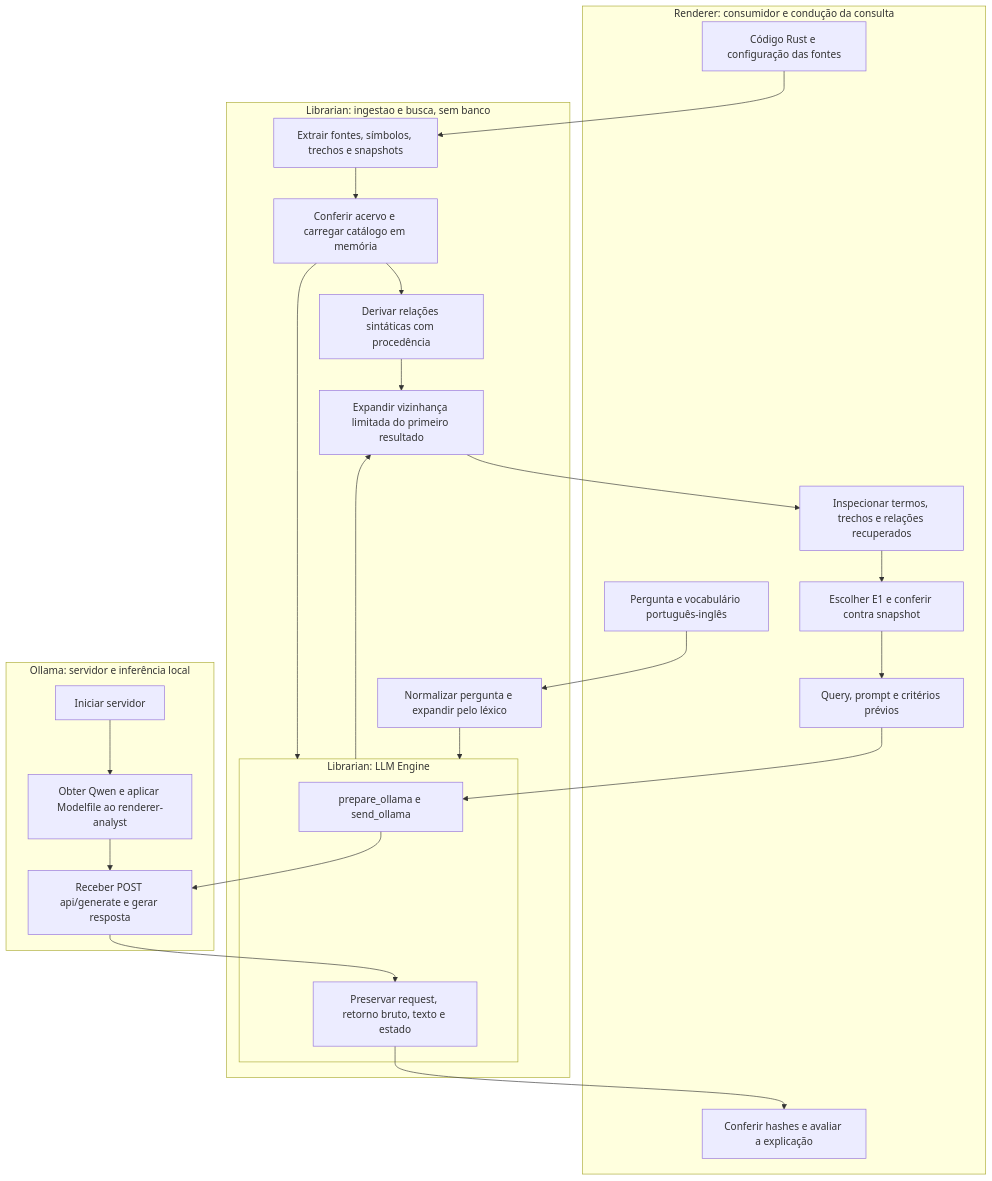
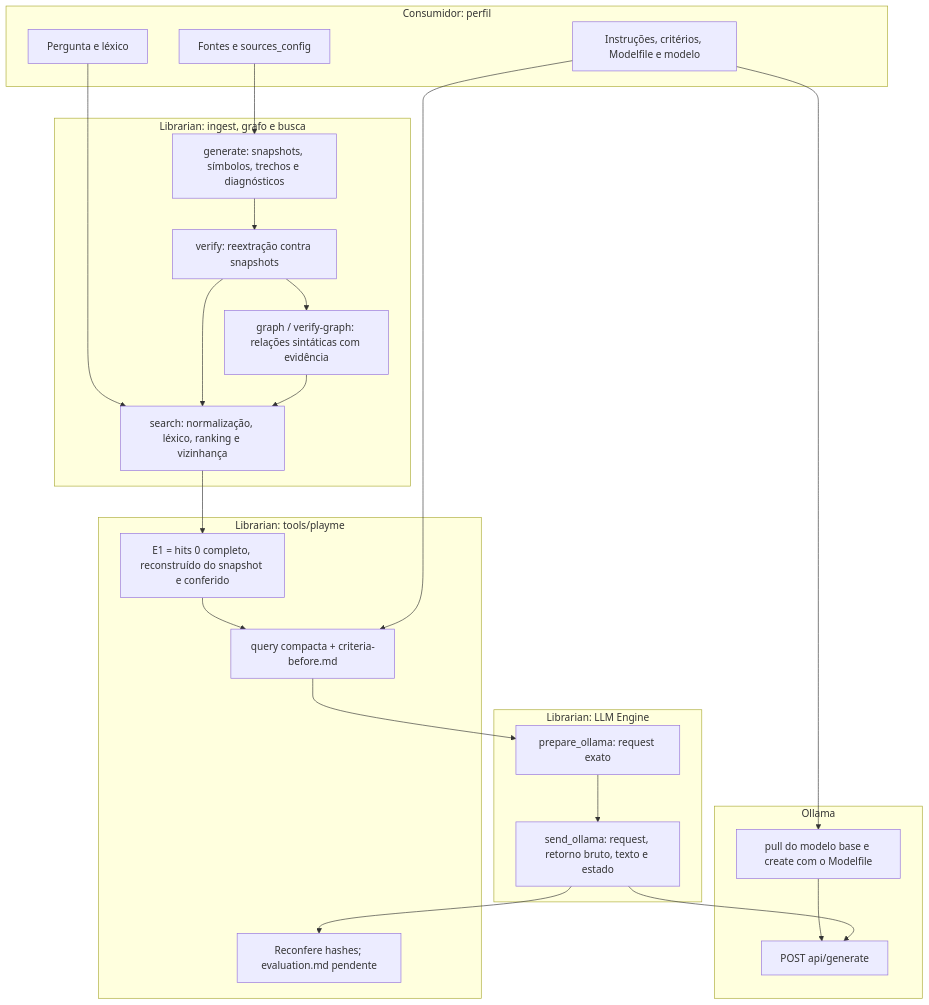
One commit to ViniciusSJV/librarian changed the diagram in WORKFLOW.md. Above: the diagram before and after it, drawn with Mermaid. The commit also changed other lines of this file and 4 other files, not shown here.

First line of the commit message:
Move o PLAYME para o Librarian com perfil do consumidor

````diff
--- a/WORKFLOW.md
+++ b/WORKFLOW.md
@@ -7,36 +40,37 @@
 ```mermaid
 flowchart TD
-    subgraph R[Renderer: consumidor e condução da consulta]
-        A[Código Rust e configuração das fontes]
-        Q[Pergunta e vocabulário português-inglês]
-        G[Inspecionar termos, trechos e relações recuperados]
-        H[Escolher E1 e conferir contra snapshot]
-        P[Query, prompt e critérios prévios]
-        K[Conferir hashes e avaliar a explicação]
+    subgraph C[Consumidor: perfil]
+        A[Fontes e sources_config]
+        Q[Pergunta e léxico]
+        P0[Instruções, critérios, Modelfile e modelo]
     end
-    subgraph L[Librarian: ingestao e busca, sem banco]
-        B[Extrair fontes, símbolos, trechos e snapshots]
-        C[Conferir acervo e carregar catálogo em memória]
-        D[Derivar relações sintáticas com procedência]
-        T[Normalizar pergunta e expandir pelo léxico]
-        E[Ranquear símbolos candidatos]
-        F[Expandir vizinhança limitada do primeiro resultado]
+    subgraph L[Librarian: ingest, grafo e busca]
+        B[generate: snapshots, símbolos, trechos e diagnósticos]
+        C2[verify: reextração contra snapshots]
+        D[graph / verify-graph: relações sintáticas com evidência]
+        T[search: normalização, léxico, ranking e vizinhança]
+    end
+    subgraph PM[Librarian: tools/playme]
+        H[E1 = hits 0 completo, reconstruído do snapshot e conferido]
+        P[query compacta + criteria-before.md]
+        K[Reconfere hashes; evaluation.md pendente]
     end
     subgraph E[Librarian: LLM Engine]
-        I[prepare_ollama e send_ollama]
-        J[Preservar request, retorno bruto, texto e estado]
+        I[prepare_ollama: request exato]
+        J[send_ollama: request, retorno bruto, texto e estado]
     end
-    subgraph O[Ollama: servidor e inferência local]
-        S[Iniciar servidor]
-        M[Obter Qwen e aplicar Modelfile ao renderer-analyst]
-        N[Receber POST api/generate e gerar resposta]
+    subgraph O[Ollama]
+        M[pull do modelo base e create com o Modelfile]
+        N[POST api/generate]
     end
-    A --> B --> C --> D
-    Q --> T --> E
-    C --> E
-    E --> F
-    D --> F
-    F --> G --> H --> P --> I
-    S --> M --> N
-    I --> N --> J --> K
+    A --> B --> C2 --> D
+    Q --> T
+    C2 --> T
+    D --> T
+    T --> H --> P --> I
+    P0 --> P
+    P0 --> M
+    M --> N
+    I --> J --> N
+    J --> K
 ```
````
